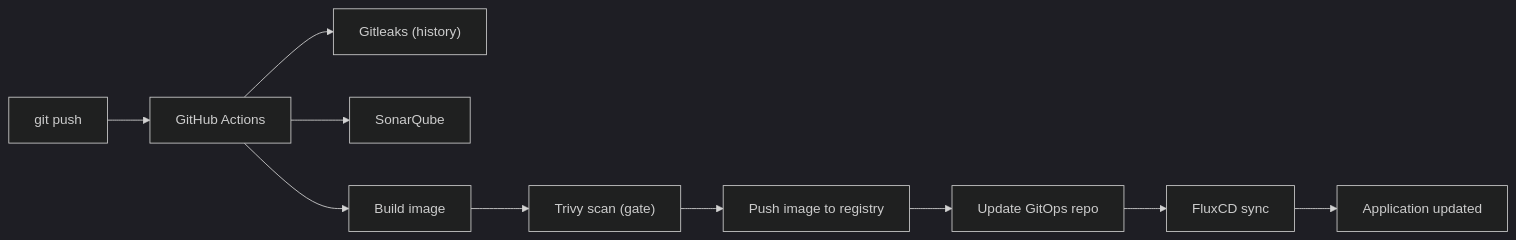
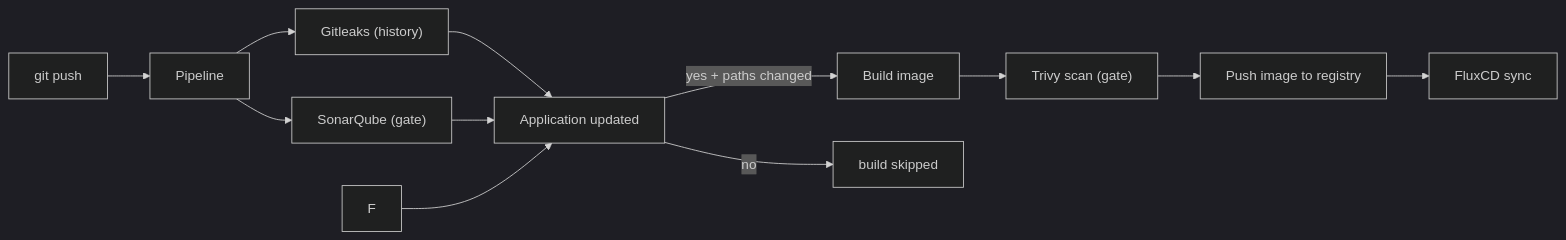
The fourth of 4 diagrams in README.md (traipoap/gitops-platform), drawn with Mermaid (dark theme) before and after one commit. The commit also changed other lines of this file, not shown here.

````diff
--- a/README.md
+++ b/README.md
@@ -604,12 +605,14 @@
 ```mermaid
 flowchart LR
-    A["git push"] --> B["GitHub Actions"]
+    A["git push"] --> B["Pipeline"]
     B --> S1["Gitleaks (history)"]
-    B --> S2["SonarQube"]
-    B --> C["Build image"]
+    B --> S2["SonarQube (gate)"]
+    S1 --> G{"gate passed?"}
+    S2 --> G
+    G -->|"yes + paths changed"| C["Build image"]
+    G -->|"no"| X["build skipped"]
     C --> T["Trivy scan (gate)"]
     T --> D["Push image to registry"]
-    D --> E["Update GitOps repo"]
-    E --> F["FluxCD sync"]
+    D --> E["FluxCD sync"]
     F --> G["Application updated"]
 ```
````
